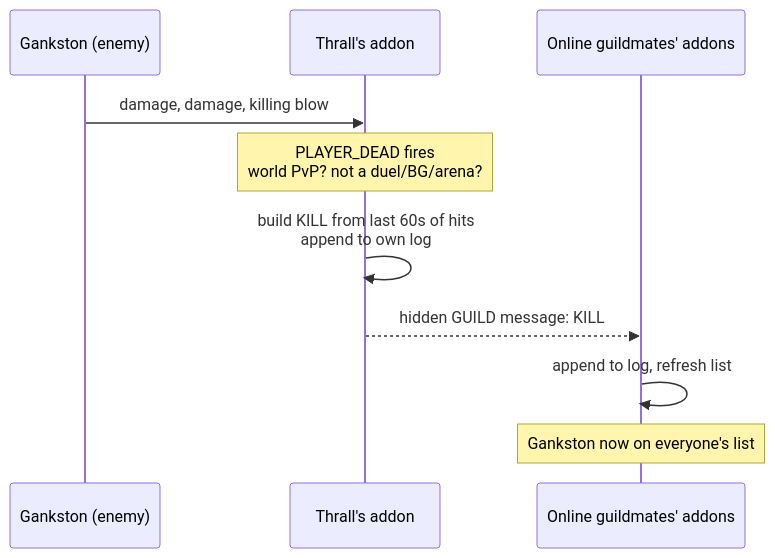
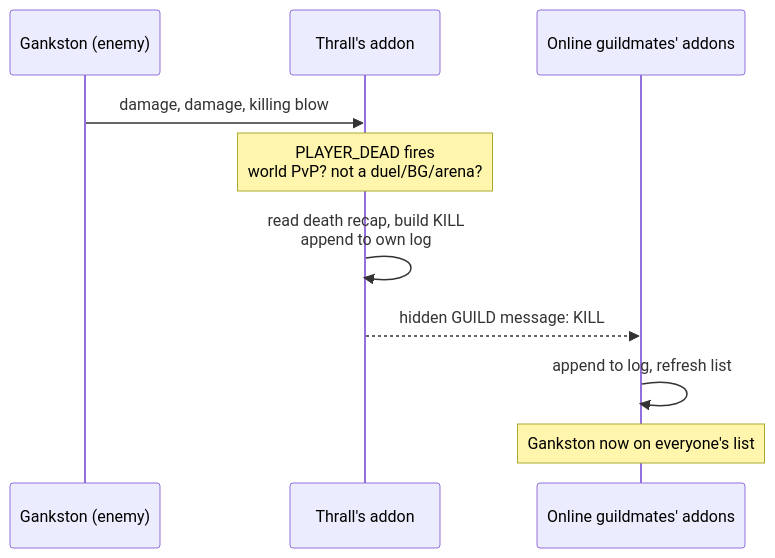
Before and after one commit to danielgospodinow/guild-vendetta: the second of 5 diagrams in README.md, drawn with Mermaid. The commit also changed other lines of this file and 11 other files, not shown here.

````diff
--- a/README.md
+++ b/README.md
@@ -103,12 +130,12 @@
 ```mermaid
 sequenceDiagram
     participant G as Gankston (enemy)
     participant T as Thrall's addon
     participant O as Online guildmates' addons
     G->>T: damage, damage, killing blow
     Note over T: PLAYER_DEAD fires<br/>world PvP? not a duel/BG/arena?
-    T->>T: build KILL from last 60s of hits<br/>append to own log
+    T->>T: read death recap, build KILL<br/>append to own log
     T-->>O: hidden GUILD message: KILL
     O->>O: append to log, refresh list
     Note over O: Gankston now on everyone's list
 ```
````
